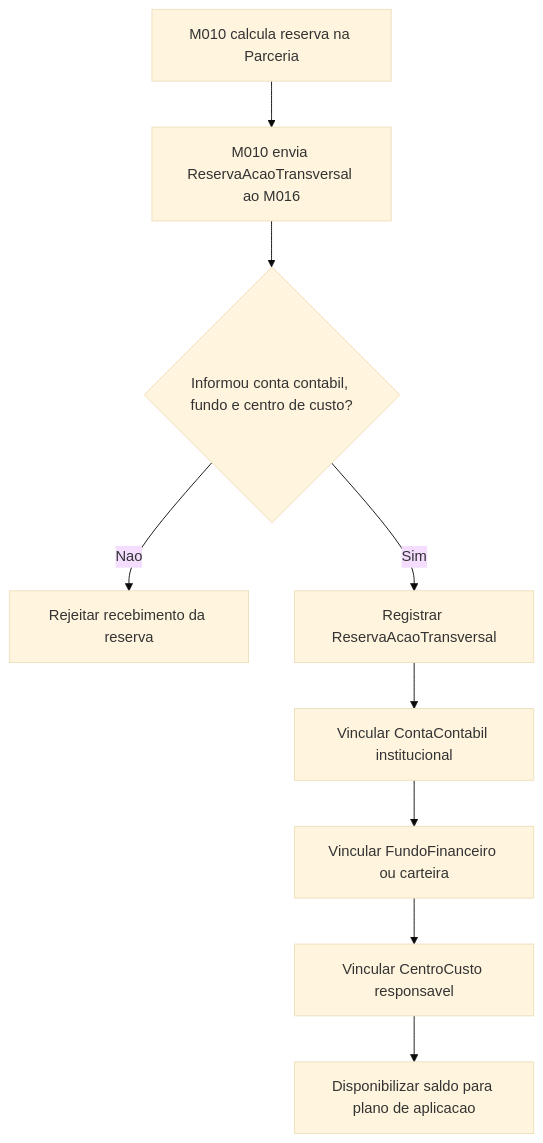
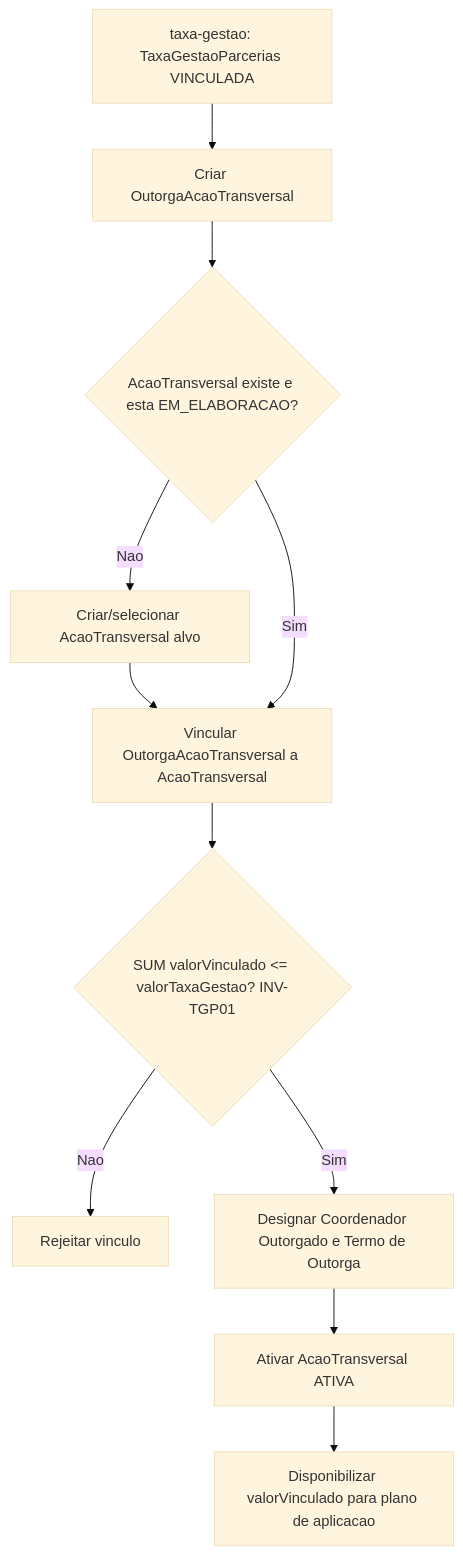
Before and after one commit to Czzped/conecta-fapes-teste: the first of 4 diagrams in docs/implementation/modules/M016-contabilidade-financeiro/acao-transversal/processo.md, drawn with Mermaid (base theme). The commit also changed other lines of this file and 38 other files, not shown here.

First line of the commit message:
refactor(M016): sincroniza taxa-gestao com M010 e simplifica TaxaGestaoParcerias

````diff
--- a/docs/implementation/modules/M016-contabilidade-financeiro/acao-transversal/processo.md
+++ b/docs/implementation/modules/M016-contabilidade-financeiro/acao-transversal/processo.md
@@ -18,11 +20,13 @@
 ```mermaid
 flowchart TD
-    A[M010 calcula reserva na Parceria] --> B[M010 envia ReservaAcaoTransversal ao M016]
-    B --> C{Informou conta contabil, fundo e centro de custo?}
-    C -- Nao --> D[Rejeitar recebimento da reserva]
-    C -- Sim --> E[Registrar ReservaAcaoTransversal]
-    E --> F[Vincular ContaContabil institucional]
-    F --> G[Vincular FundoFinanceiro ou carteira]
-    G --> H[Vincular CentroCusto responsavel]
-    H --> I[Disponibilizar saldo para plano de aplicacao]
+    A[taxa-gestao: TaxaGestaoParcerias VINCULADA] --> B[Criar OutorgaAcaoTransversal]
+    B --> C{AcaoTransversal existe e esta EM_ELABORACAO?}
+    C -- Nao --> D[Criar/selecionar AcaoTransversal alvo]
+    D --> E[Vincular OutorgaAcaoTransversal a AcaoTransversal]
+    C -- Sim --> E
+    E --> F{SUM valorVinculado <= valorTaxaGestao? INV-TGP01}
+    F -- Nao --> G[Rejeitar vinculo]
+    F -- Sim --> H[Designar Coordenador Outorgado e Termo de Outorga]
+    H --> I[Ativar AcaoTransversal ATIVA]
+    I --> J[Disponibilizar valorVinculado para plano de aplicacao]
 ```
````
